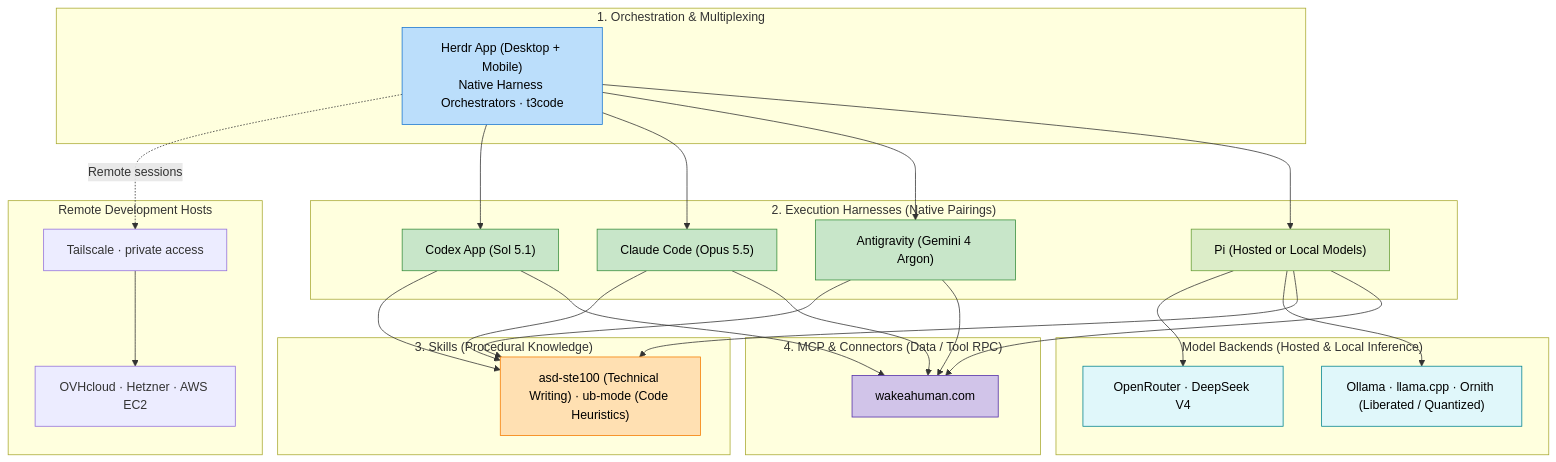
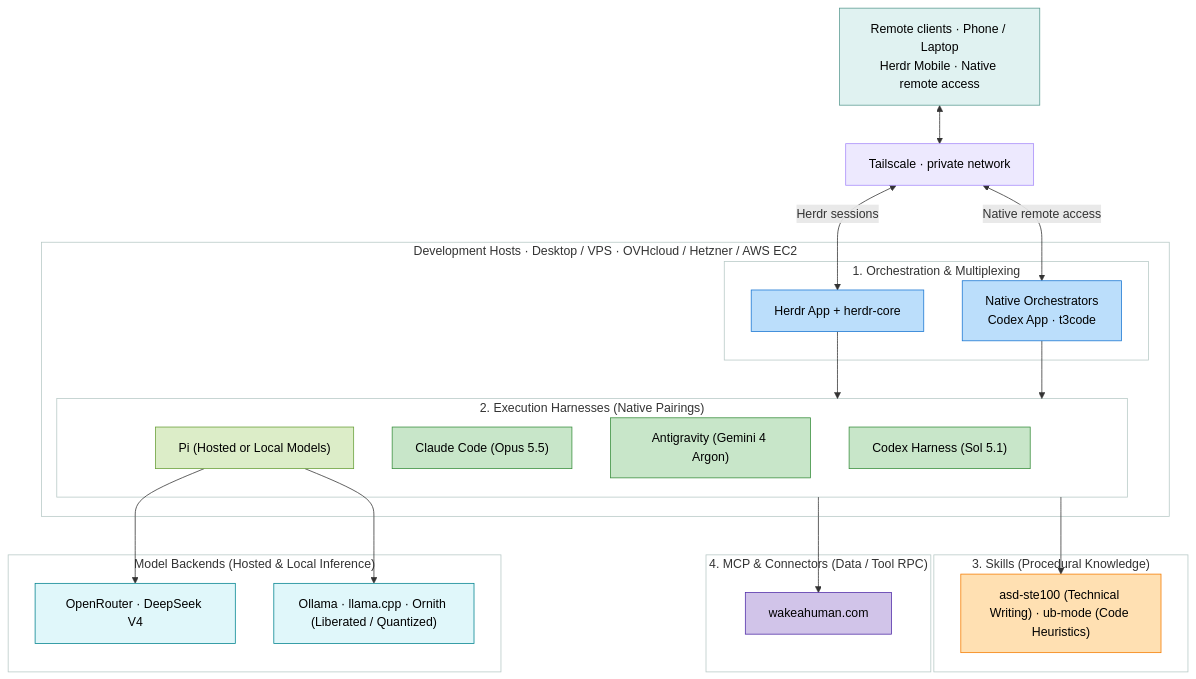
Before and after one commit to gel/gel.github.io: the first of 2 diagrams in content/generative-ai/1-intro/1_genai_environment.md, drawn with Mermaid. The commit also changed other lines of this file and 3 other files, not shown here.

Commit message:
Add zoomable diagram viewer and clarify remote access paths

````diff
--- a/content/generative-ai/1-intro/1_genai_environment.md
+++ b/content/generative-ai/1-intro/1_genai_environment.md
@@ -16,48 +18,60 @@
 ```mermaid
 flowchart TD
-    subgraph Layer1["1. Orchestration & Multiplexing"]
-        Orch["Herdr App (Desktop + Mobile)<br/>Native Harness Orchestrators · t3code"]
-    end
+    Clients["Remote clients · Phone / Laptop<br/>Herdr Mobile · Native remote access"]
+    Tailnet["Tailscale · private network"]
 
-    subgraph Layer2["2. Execution Harnesses (Native Pairings)"]
-        H_OpenAI["Codex App (Sol 5.1)"]
-        H_Anthropic["Claude Code (Opus 5.5)"]
-        H_Google["Antigravity (Gemini 4 Argon)"]
-        H_Pi["Pi (Hosted or Local Models)"]
+    subgraph Remote["Development Hosts · Desktop / VPS · OVHcloud / Hetzner / AWS EC2"]
+        subgraph Layer1["1. Orchestration & Multiplexing"]
+            Herdr["Herdr App + herdr-core"]
+            Orch["Native Orchestrators<br/>Codex App · t3code"]
+        end
+
+        subgraph Layer2["2. Execution Harnesses (Native Pairings)"]
+            H_OpenAI["Codex Harness (Sol 5.1)"]
+            H_Anthropic["Claude Code (Opus 5.5)"]
+            H_Google["Antigravity (Gemini 4 Argon)"]
+            H_Pi["Pi (Hosted or Local Models)"]
+        end
     end
 
     subgraph Layer3["3. Skills (Procedural Knowledge)"]
         Skills["asd-ste100 (Technical Writing) · ub-mode (Code Heuristics)"]
     end
 
     subgraph Layer4["4. MCP & Connectors (Data / Tool RPC)"]
         MCP["wakeahuman.com"]
     end
 
     subgraph Backends["Model Backends (Hosted & Local Inference)"]
         Hosted["OpenRouter · DeepSeek V4"]
         Local["Ollama · llama.cpp · Ornith (Liberated / Quantized)"]
     end
     H_Pi --> Hosted & Local
 
-    subgraph Remote["Remote Development Hosts"]
-        Tailnet["Tailscale · private access"]
-        Machines["OVHcloud · Hetzner · AWS EC2"]
-        Tailnet --> Machines
-    end
-    Orch -.->|Remote sessions| Tailnet
+    Clients <--> Tailnet
+    Tailnet <-->|Herdr sessions| Herdr
+    Tailnet <-->|Native remote access| Orch
 
-    Orch --> H_OpenAI & H_Anthropic & H_Google & H_Pi
-    H_OpenAI & H_Anthropic & H_Google & H_Pi --> Skills
-    H_OpenAI & H_Anthropic & H_Google & H_Pi --> MCP
+    Herdr --> Layer2
+    Orch --> Layer2
+    Layer2 --> Skills & MCP
 
+    style Layer1 fill:transparent,stroke:#b7c9c6
+    style Layer2 fill:transparent,stroke:#b7c9c6
+    style Layer3 fill:transparent,stroke:#b7c9c6
+    style Layer4 fill:transparent,stroke:#b7c9c6
+    style Backends fill:transparent,stroke:#b7c9c6
+    style Remote fill:transparent,stroke:#b7c9c6
     style Orch fill:#bbdefb,stroke:#1976d2,color:#000
+    style Herdr fill:#bbdefb,stroke:#1976d2,color:#000
+    style Clients fill:#e0f2f1,stroke:#5b9b91,color:#000
+    style Tailnet fill:#ede9fe,stroke:#a78bfa,color:#000
     style H_OpenAI fill:#c8e6c9,stroke:#388e3c,color:#000
     style H_Google fill:#c8e6c9,stroke:#388e3c,color:#000
     style H_Pi fill:#dcedc8,stroke:#689f38,color:#000
     style H_Anthropic fill:#c8e6c9,stroke:#388e3c,color:#000
     style Hosted fill:#e0f7fa,stroke:#00838f,color:#000
     style Local fill:#e0f7fa,stroke:#00838f,color:#000
     style Skills fill:#ffe0b2,stroke:#f57c00,color:#000
     style MCP fill:#d1c4e9,stroke:#512da8,color:#000
 ```
````
